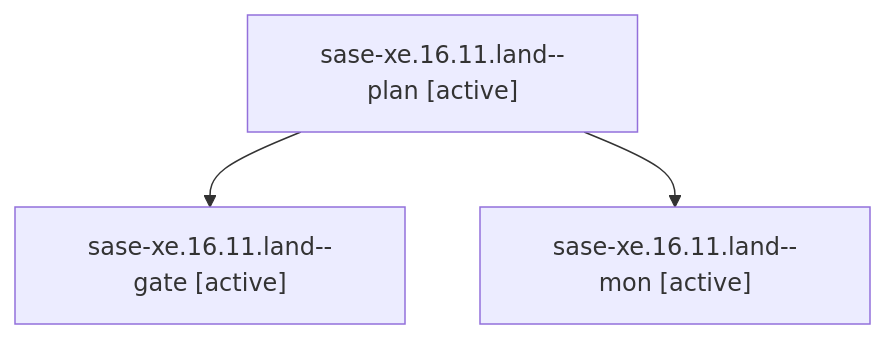
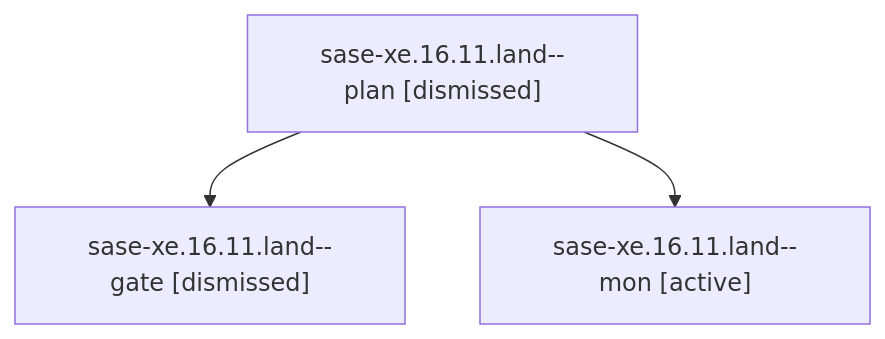
One commit to sase-org/sase--agents changed the diagram in sessions/bbugyi200.athena.sase-xe.16.11.land.md. Above: the diagram before and after it, drawn with Mermaid. The commit also changed other lines of this file and 277 other files, not shown here.

````diff
--- a/sessions/bbugyi200.athena.sase-xe.16.11.land.md
+++ b/sessions/bbugyi200.athena.sase-xe.16.11.land.md
@@ -9,8 +9,8 @@
 ```mermaid
 flowchart TD
-  n0["sase-xe.16.11.land--plan [active]"]
-  n1["sase-xe.16.11.land--gate [active]"]
+  n0["sase-xe.16.11.land--plan [dismissed]"]
+  n1["sase-xe.16.11.land--gate [dismissed]"]
   n0 --> n1
   n2["sase-xe.16.11.land--mon [active]"]
   n0 --> n2
 ```
````
